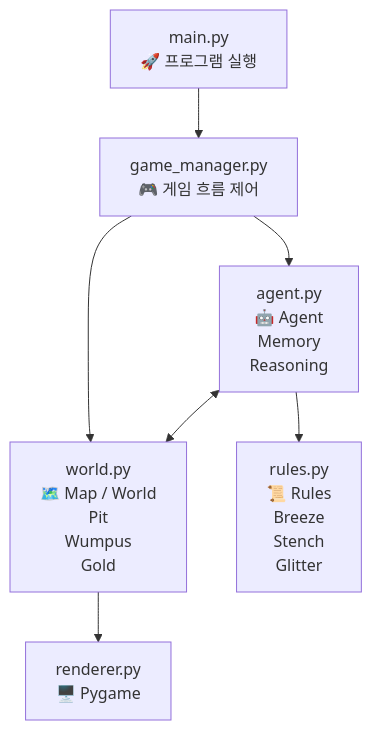
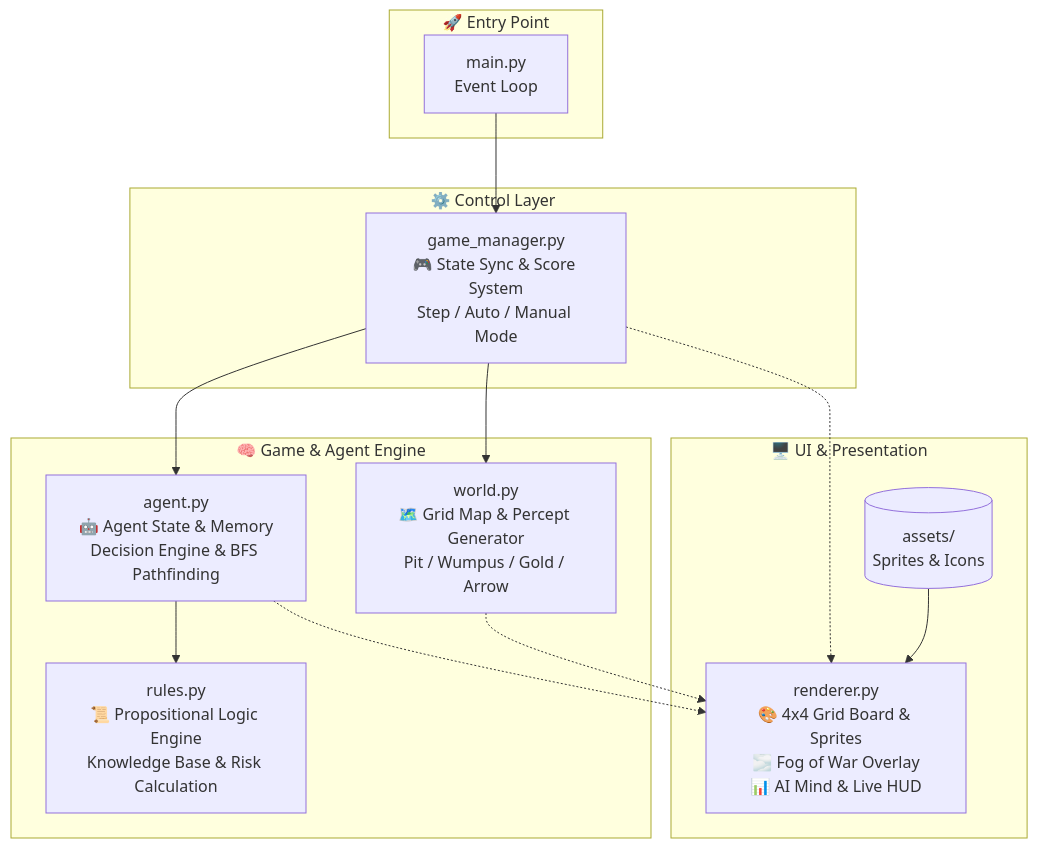
The diagram in README.md (OnlyDev321/wumpus-world), drawn with Mermaid before and after one commit. The commit also changed other lines of this file, not shown here.

````diff
--- a/README.md
+++ b/README.md
@@ -24,19 +42,30 @@
 ```mermaid
 flowchart TD
-    A["main.py<br/>🚀 프로그램 실행"]
-    B["game_manager.py<br/>🎮 게임 흐름 제어"]
+    subgraph UI_Layer["🖥️ UI & Presentation"]
+        Renderer["renderer.py<br/>🎨 4x4 Grid Board & Sprites<br/>🌫️ Fog of War Overlay<br/>📊 AI Mind & Live HUD"]
+        Assets[("assets/<br/>Sprites & Icons")]
+        Assets --> Renderer
+    end
 
-    C["agent.py<br/>🤖 Agent<br/>Memory<br/>Reasoning"]
-    D["world.py<br/>🗺️ Map / World<br/>Pit<br/>Wumpus<br/>Gold"]
+    subgraph Entry["🚀 Entry Point"]
+        Main["main.py<br/>Event Loop"]
+    end
 
-    E["rules.py<br/>📜 Rules<br/>Breeze<br/>Stench<br/>Glitter"]
-    F["renderer.py<br/>🖥️ Pygame"]
+    subgraph Control_Layer["⚙️ Control Layer"]
+        GM["game_manager.py<br/>🎮 State Sync & Score System<br/>Step / Auto / Manual Mode"]
+    end
 
-    A --> B
-    B --> C
-    B --> D
+    subgraph Core_Game["🧠 Game & Agent Engine"]
+        World["world.py<br/>🗺️ Grid Map & Percept Generator<br/>Pit / Wumpus / Gold / Arrow"]
+        Agent["agent.py<br/>🤖 Agent State & Memory<br/>Decision Engine & BFS Pathfinding"]
+        Rules["rules.py<br/>📜 Propositional Logic Engine<br/>Knowledge Base & Risk Calculation"]
+    end
 
-    C <--> D
-    C --> E
-    D --> F
+    Main --> GM
+    GM --> World
+    GM --> Agent
+    Agent --> Rules
+    GM -.-> Renderer
+    World -.-> Renderer
+    Agent -.-> Renderer
 ```
````
